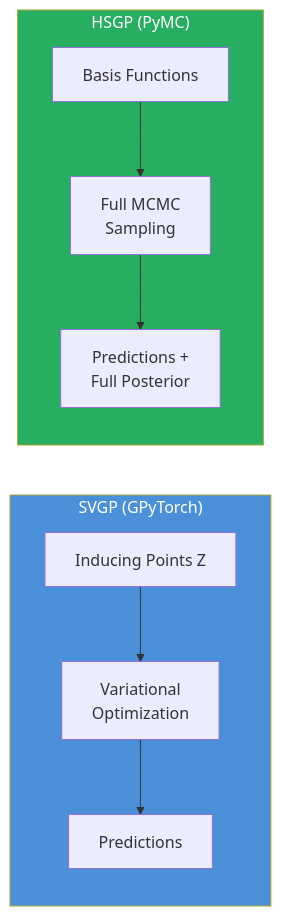
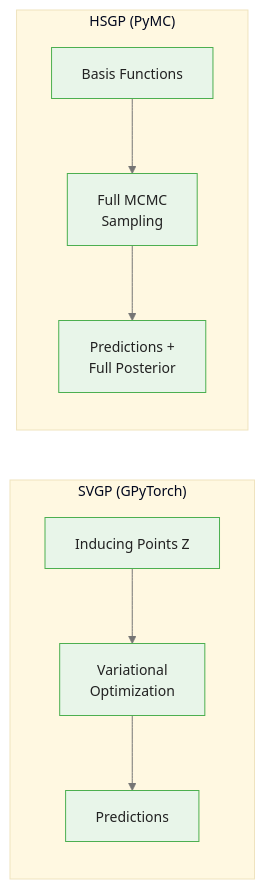
One commit to m-deane/course-creator changed the third of 5 diagrams in courses/bayesian-commodity-forecasting/modules/module_05_gaussian_processes/guides/03_sparse_approximations_slides.md. Above: the diagram before and after it, drawn with Mermaid. The commit also changed other lines of this file and 104 other files, not shown here.

````diff
--- a/courses/bayesian-commodity-forecasting/modules/module_05_gaussian_processes/guides/03_sparse_approximations_slides.md
+++ b/courses/bayesian-commodity-forecasting/modules/module_05_gaussian_processes/guides/03_sparse_approximations_slides.md
@@ -361,13 +375,12 @@
 ```mermaid
+%%{init: {"theme": "base", "themeVariables": {"primaryColor": "#e8f5e9", "primaryBorderColor": "#4caf50", "primaryTextColor": "#212121", "secondaryColor": "#e3f2fd", "tertiaryColor": "#fff8e1", "lineColor": "#757575", "fontFamily": "Inter, sans-serif", "fontSize": "14px"}}}%%
 flowchart LR
     subgraph SVGP["SVGP (GPyTorch)"]
         IP["Inducing Points Z"] --> VAR["Variational\nOptimization"]
         VAR --> PRED1["Predictions"]
     end
     subgraph HSGP["HSGP (PyMC)"]
         BF["Basis Functions"] --> MCMC["Full MCMC\nSampling"]
         MCMC --> PRED2["Predictions +\nFull Posterior"]
     end
-    style SVGP fill:#4a90d9,color:#fff
-    style HSGP fill:#27ae60,color:#fff
 ```
````
